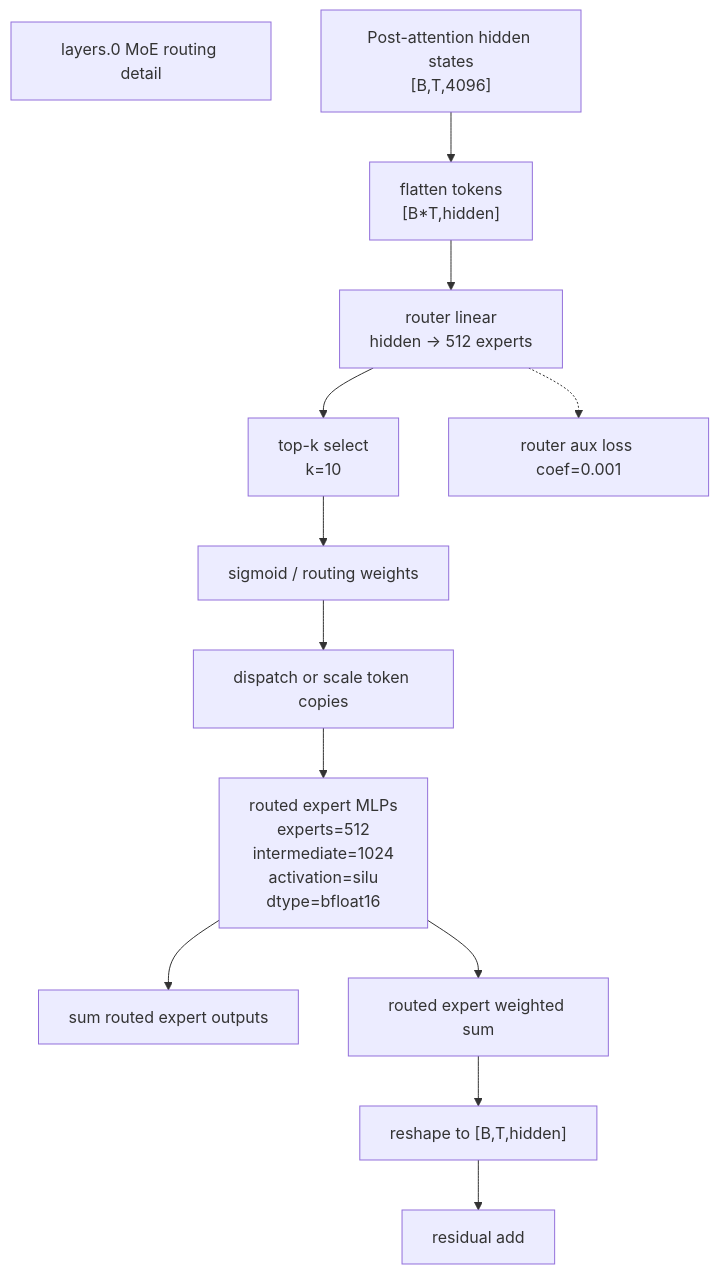
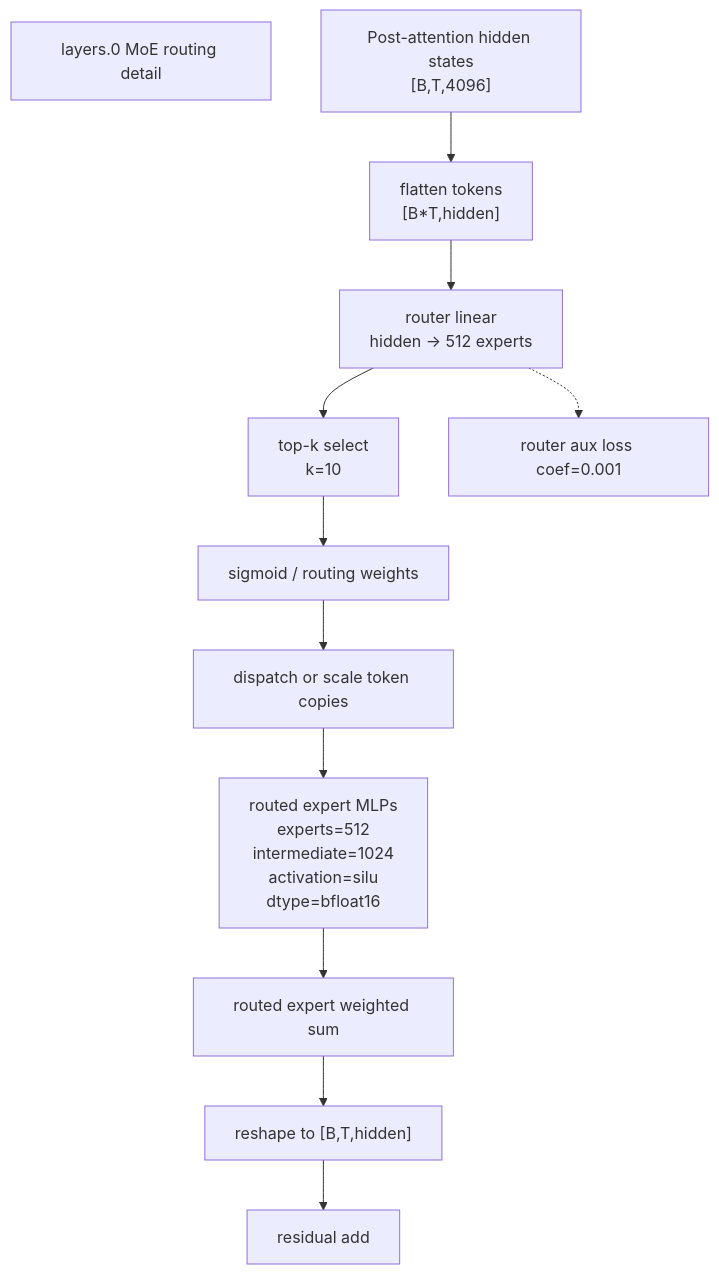
One commit to husterZC/LLM-Analyzer changed the diagram in outputs/Qwen_Qwen3.5-397B-A17B/details/layer_0/moe.mmd. Above: the diagram before and after it, drawn with Mermaid. The commit also changed 87 other files, not shown here.

```diff
--- a/outputs/Qwen_Qwen3.5-397B-A17B/details/layer_0/moe.mmd
+++ b/outputs/Qwen_Qwen3.5-397B-A17B/details/layer_0/moe.mmd
@@ -1,13 +1,12 @@
 flowchart TD
   title["layers.0 MoE routing detail"]
   x["Post-attention hidden states\n[B,T,4096]"] --> flat["flatten tokens\n[B*T,hidden]"]
   flat --> router["router linear\nhidden -> 512 experts"]
   router --> topk["top-k select\nk=10"]
   topk --> score["sigmoid / routing weights"]
   score --> dispatch["dispatch or scale token copies"]
   dispatch --> experts["routed expert MLPs\nexperts=512\nintermediate=1024\nactivation=silu\ndtype=bfloat16"]
-  experts --> reduce["sum routed expert outputs"]
   experts --> add["routed expert weighted sum"]
   add --> output["reshape to [B,T,hidden]"]
   output --> residual["residual add"]
   router -.-> aux["router aux loss coef=0.001"]
```
